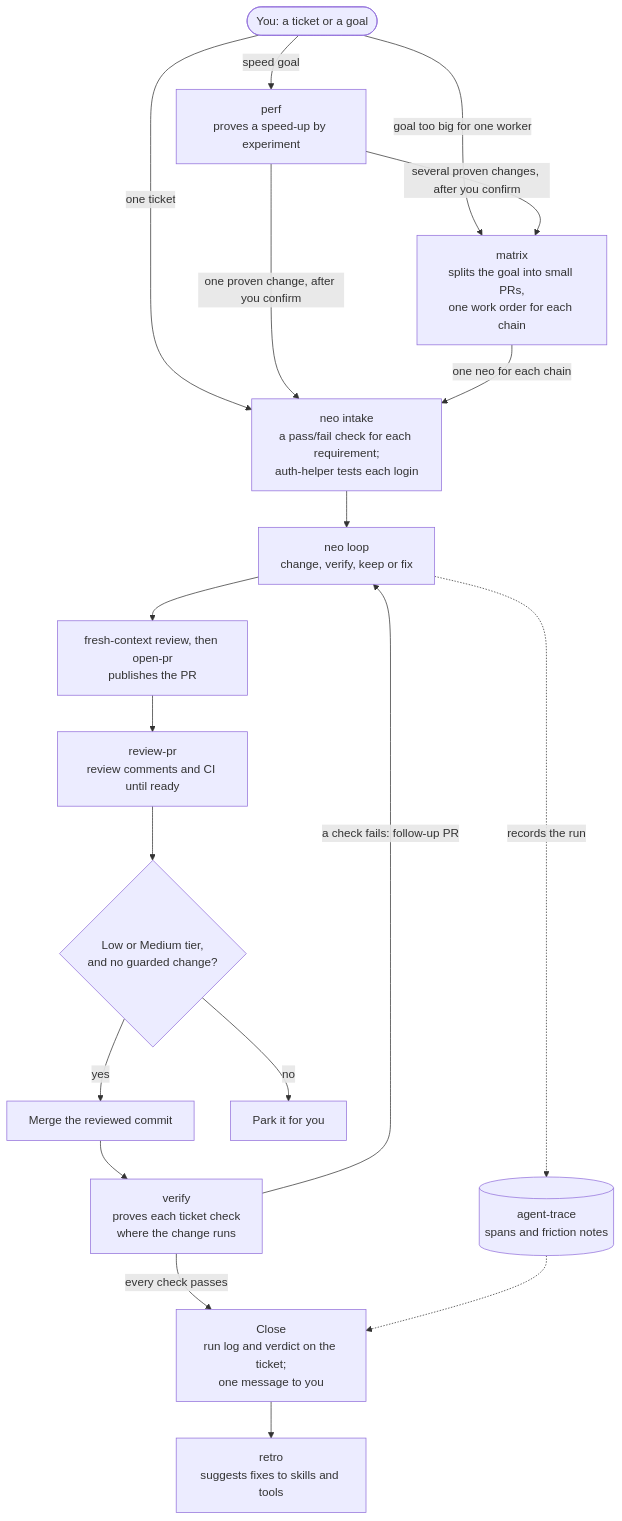
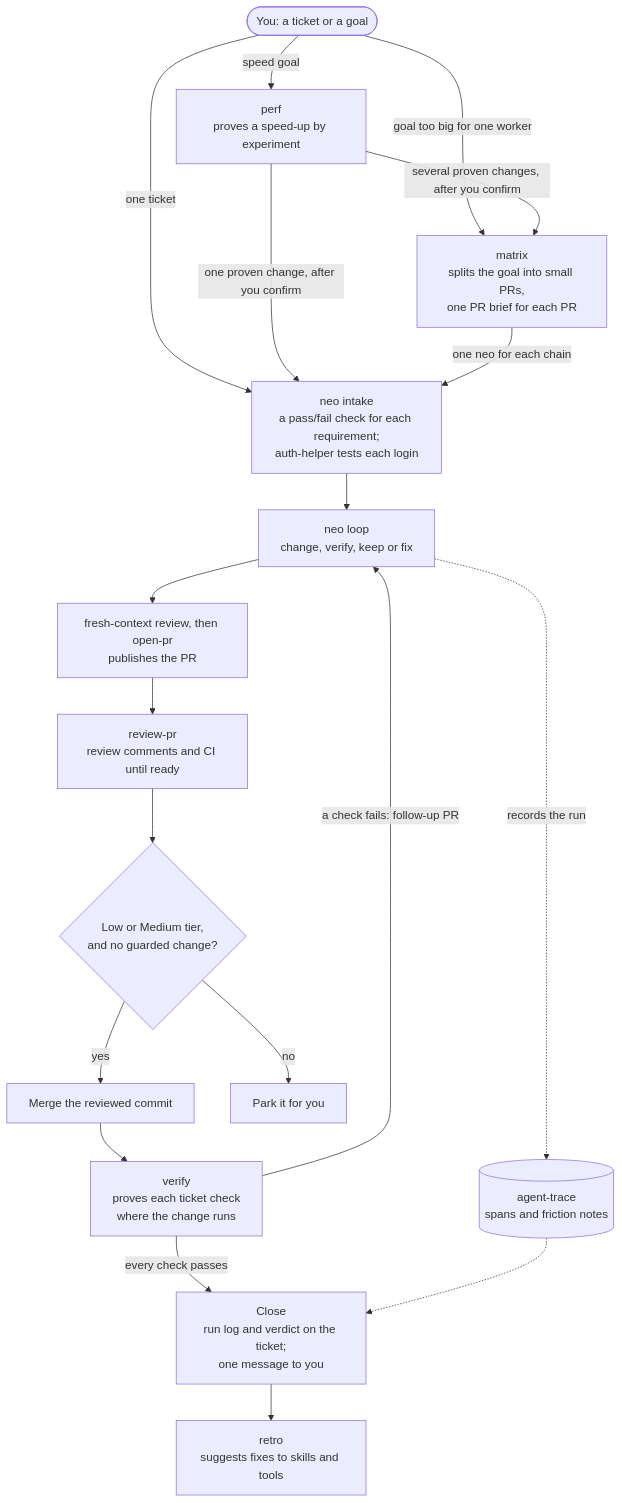
Before and after one commit to sucramual/mp: the diagram in skills/neo-suite.md, drawn with Mermaid. The commit also changed other lines of this file and 8 other files, not shown here.

Commit message:
docs(skills): rename the matrix "work order" to "PR brief"

````diff
--- a/skills/neo-suite.md
+++ b/skills/neo-suite.md
@@ -5,32 +5,32 @@
 ```mermaid
 flowchart TD
     you([You: a ticket or a goal])
     perf["perf<br/>proves a speed-up by experiment"]
-    matrix["matrix<br/>splits the goal into small PRs,<br/>one work order for each chain"]
+    matrix["matrix<br/>splits the goal into small PRs,<br/>one PR brief for each PR"]
     intake["neo intake<br/>a pass/fail check for each requirement;<br/>auth-helper tests each login"]
     loop["neo loop<br/>change, verify, keep or fix"]
     openpr["fresh-context review, then open-pr<br/>publishes the PR"]
     reviewpr["review-pr<br/>review comments and CI until ready"]
     tier{"Low or Medium tier,<br/>and no guarded change?"}
     merge["Merge the reviewed commit"]
     park["Park it for you"]
     verify["verify<br/>proves each ticket check<br/>where the change runs"]
     trace[("agent-trace<br/>spans and friction notes")]
     close["Close<br/>run log and verdict on the ticket;<br/>one message to you"]
     retro["retro<br/>suggests fixes to skills and tools"]
 
     you -->|one ticket| intake
     you -->|goal too big for one worker| matrix
     you -->|speed goal| perf
     perf -->|one proven change, after you confirm| intake
     perf -->|several proven changes, after you confirm| matrix
     matrix -->|one neo for each chain| intake
     intake --> loop --> openpr --> reviewpr --> tier
     tier -->|yes| merge --> verify
     tier -->|no| park
     verify -->|a check fails: follow-up PR| loop
     verify -->|every check passes| close
     loop -.->|records the run| trace
     trace -.-> close
     close --> retro
 ```
````
